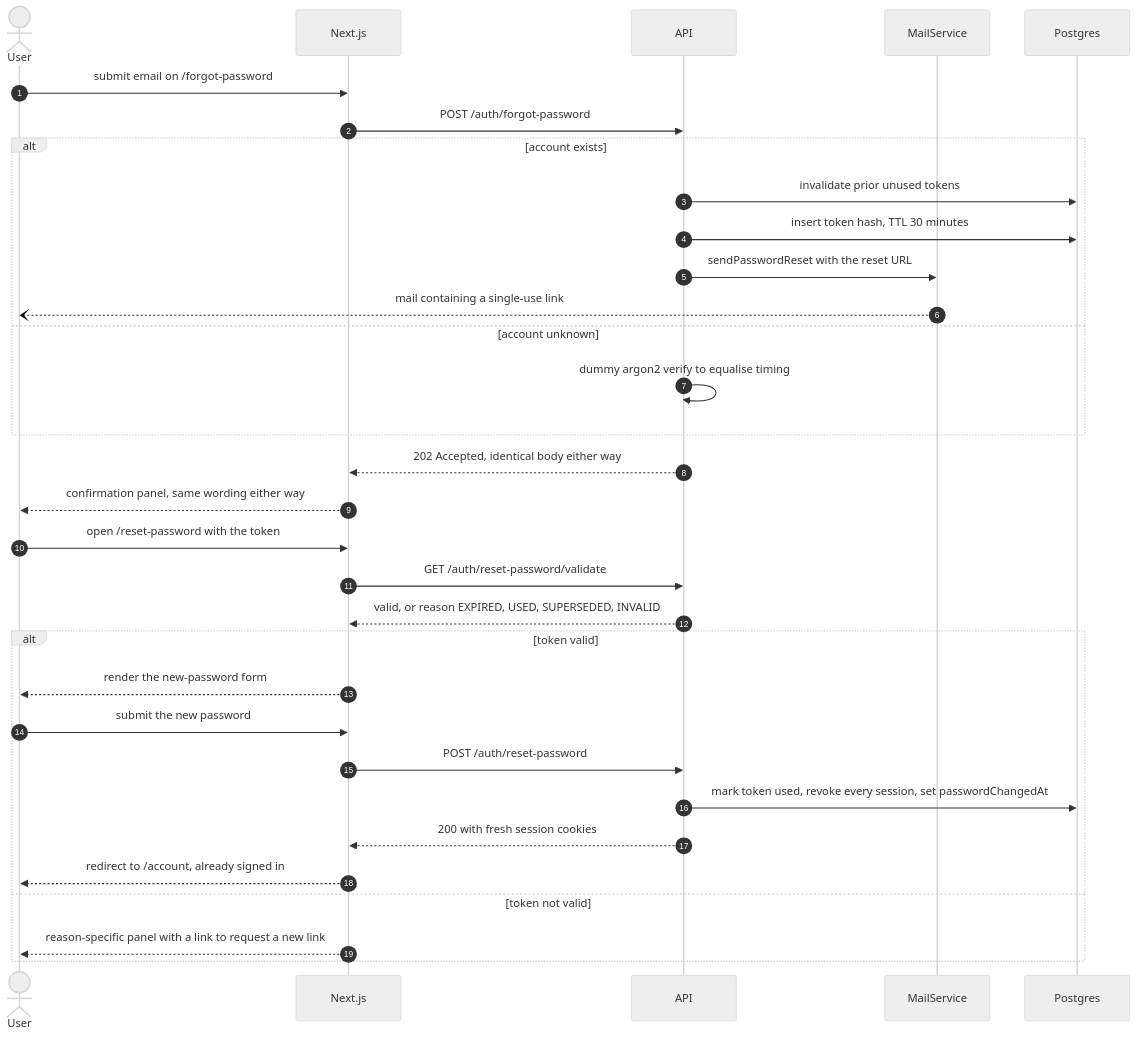
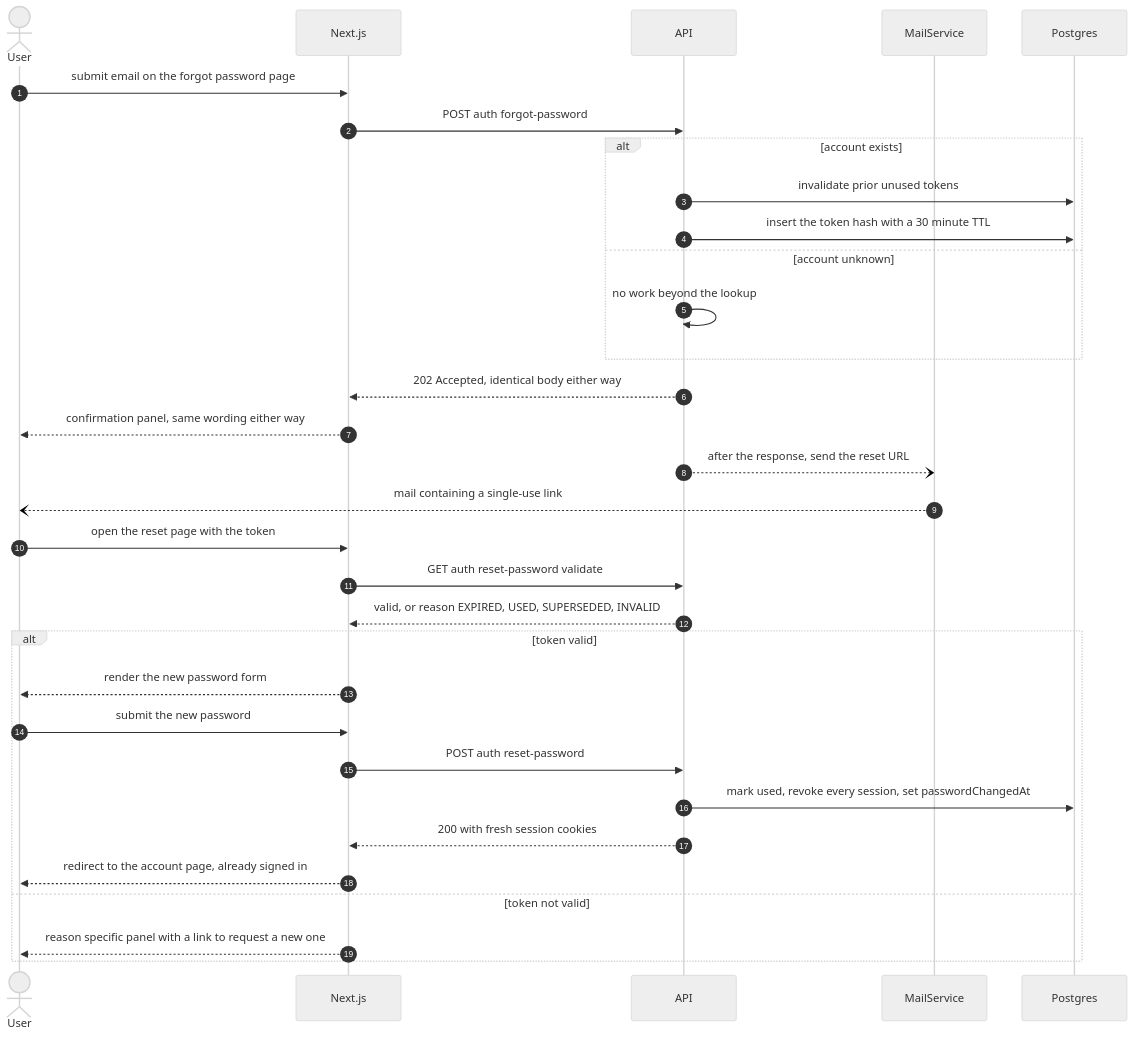
The sixth of 8 diagrams in spec/features/001-authentication-and-users.md (gBoole01/sdd-typing-game), drawn with Mermaid (neutral theme) before and after one commit. The commit also changed other lines of this file and 5 other files, not shown here.

````diff
--- a/spec/features/001-authentication-and-users.md
+++ b/spec/features/001-authentication-and-users.md
@@ -562,35 +847,35 @@
 ```mermaid
 sequenceDiagram
     autonumber
     actor U as User
     participant W as Next.js
     participant A as API
     participant M as MailService
     participant D as Postgres
 
-    U->>W: submit email on /forgot-password
-    W->>A: POST /auth/forgot-password
+    U->>W: submit email on the forgot password page
+    W->>A: POST auth forgot-password
     alt account exists
         A->>D: invalidate prior unused tokens
-        A->>D: insert token hash, TTL 30 minutes
-        A->>M: sendPasswordReset with the reset URL
-        M--)U: mail containing a single-use link
+        A->>D: insert the token hash with a 30 minute TTL
     else account unknown
-        A->>A: dummy argon2 verify to equalise timing
+        A->>A: no work beyond the lookup
     end
     A-->>W: 202 Accepted, identical body either way
     W-->>U: confirmation panel, same wording either way
-    U->>W: open /reset-password with the token
-    W->>A: GET /auth/reset-password/validate
+    A--)M: after the response, send the reset URL
+    M--)U: mail containing a single-use link
+    U->>W: open the reset page with the token
+    W->>A: GET auth reset-password validate
     A-->>W: valid, or reason EXPIRED, USED, SUPERSEDED, INVALID
     alt token valid
-        W-->>U: render the new-password form
+        W-->>U: render the new password form
         U->>W: submit the new password
-        W->>A: POST /auth/reset-password
-        A->>D: mark token used, revoke every session, set passwordChangedAt
+        W->>A: POST auth reset-password
+        A->>D: mark used, revoke every session, set passwordChangedAt
         A-->>W: 200 with fresh session cookies
-        W-->>U: redirect to /account, already signed in
+        W-->>U: redirect to the account page, already signed in
     else token not valid
-        W-->>U: reason-specific panel with a link to request a new link
+        W-->>U: reason specific panel with a link to request a new one
     end
 ```
````
